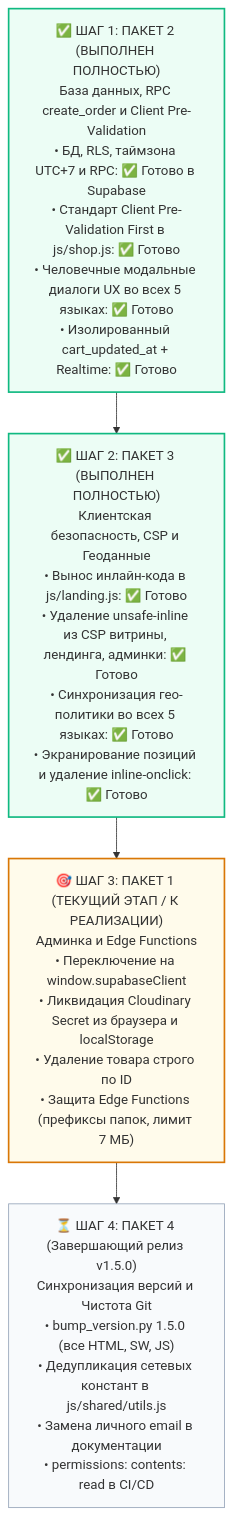
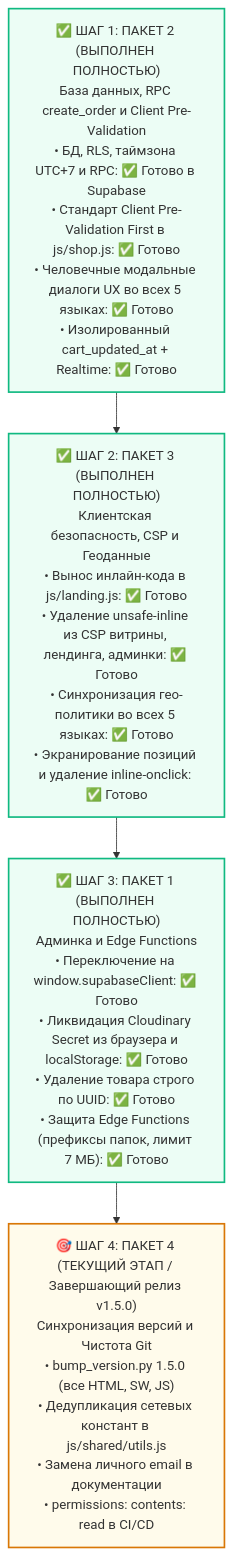
Before and after one commit to deadproxor/fresh_market: the diagram in FreshMarket-audit-v4-plan.md, drawn with Mermaid. The commit also changed other lines of this file and 7 other files, not shown here.

Commit message:
fix(admin): connect Edge Functions via supabaseClient, eliminate client secrets, secure UUID deletion and harden Edge Functions

````diff
--- a/FreshMarket-audit-v4-plan.md
+++ b/FreshMarket-audit-v4-plan.md
@@ -68,12 +68,12 @@
 ```mermaid
 flowchart TD
     P2["✅ ШАГ 1: ПАКЕТ 2 (ВЫПОЛНЕН ПОЛНОСТЬЮ)<br/>База данных, RPC create_order и Client Pre-Validation<br/>• БД, RLS, таймзона UTC+7 и RPC: ✅ Готово в Supabase<br/>• Стандарт Client Pre-Validation First в js/shop.js: ✅ Готово<br/>• Человечные модальные диалоги UX во всех 5 языках: ✅ Готово<br/>• Изолированный cart_updated_at + Realtime: ✅ Готово"]
     --> P3["✅ ШАГ 2: ПАКЕТ 3 (ВЫПОЛНЕН ПОЛНОСТЬЮ)<br/>Клиентская безопасность, CSP и Геоданные<br/>• Вынос инлайн-кода в js/landing.js: ✅ Готово<br/>• Удаление unsafe-inline из CSP витрины, лендинга, админки: ✅ Готово<br/>• Синхронизация гео-политики во всех 5 языках: ✅ Готово<br/>• Экранирование позиций и удаление inline-onclick: ✅ Готово"]
-    --> P1["🎯 ШАГ 3: ПАКЕТ 1 (ТЕКУЩИЙ ЭТАП / К РЕАЛИЗАЦИИ)<br/>Админка и Edge Functions<br/>• Переключение на window.supabaseClient<br/>• Ликвидация Cloudinary Secret из браузера и localStorage<br/>• Удаление товара строго по ID<br/>• Защита Edge Functions (префиксы папок, лимит 7 МБ)"]
-    --> P4["⏳ ШАГ 4: ПАКЕТ 4 (Завершающий релиз v1.5.0)<br/>Синхронизация версий и Чистота Git<br/>• bump_version.py 1.5.0 (все HTML, SW, JS)<br/>• Дедупликация сетевых констант в js/shared/utils.js<br/>• Замена личного email в документации<br/>• permissions: contents: read в CI/CD"]
+    --> P1["✅ ШАГ 3: ПАКЕТ 1 (ВЫПОЛНЕН ПОЛНОСТЬЮ)<br/>Админка и Edge Functions<br/>• Переключение на window.supabaseClient: ✅ Готово<br/>• Ликвидация Cloudinary Secret из браузера и localStorage: ✅ Готово<br/>• Удаление товара строго по UUID: ✅ Готово<br/>• Защита Edge Functions (префиксы папок, лимит 7 МБ): ✅ Готово"]
+    --> P4["🎯 ШАГ 4: ПАКЕТ 4 (ТЕКУЩИЙ ЭТАП / Завершающий релиз v1.5.0)<br/>Синхронизация версий и Чистота Git<br/>• bump_version.py 1.5.0 (все HTML, SW, JS)<br/>• Дедупликация сетевых констант в js/shared/utils.js<br/>• Замена личного email в документации<br/>• permissions: contents: read в CI/CD"]
 
     style P2 fill:#ecfdf5,stroke:#10b981,stroke-width:2px;
     style P3 fill:#ecfdf5,stroke:#10b981,stroke-width:2px;
-    style P1 fill:#fffbeb,stroke:#d97706,stroke-width:2px;
-    style P4 fill:#f8fafc,stroke:#94a3b8,stroke-width:1px;
+    style P1 fill:#ecfdf5,stroke:#10b981,stroke-width:2px;
+    style P4 fill:#fffbeb,stroke:#d97706,stroke-width:2px;
 ```
````
